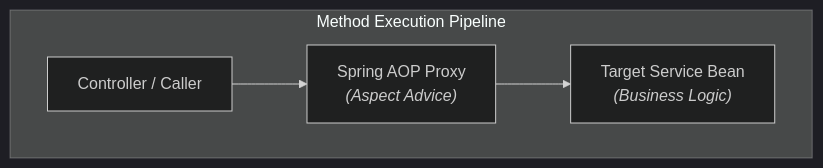
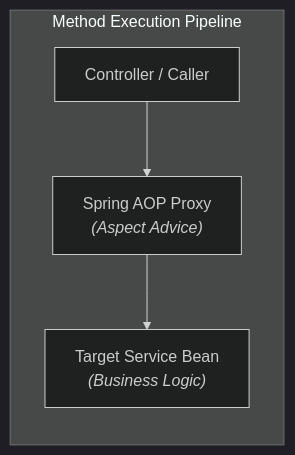
The first of 4 diagrams in docs/lessons/0004-aspect-oriented-programming-aop.md (Rohit1024/spring-boot-mastery), drawn with Mermaid (dark theme) before and after one commit. The commit also changed other lines of this file and 42 other files, not shown here.

````diff
--- a/docs/lessons/0004-aspect-oriented-programming-aop.md
+++ b/docs/lessons/0004-aspect-oriented-programming-aop.md
@@ -15,8 +15,8 @@
 ``` mermaid
-flowchart LR
+flowchart TD
     subgraph Request_Pipeline["Method Execution Pipeline"]
-        direction LR
+        direction TB
         Caller["Controller / Caller"] --> Proxy["Spring AOP Proxy<br/><i>(Aspect Advice)</i>"]
         Proxy --> Target["Target Service Bean<br/><i>(Business Logic)</i>"]
     end
 ```
````
